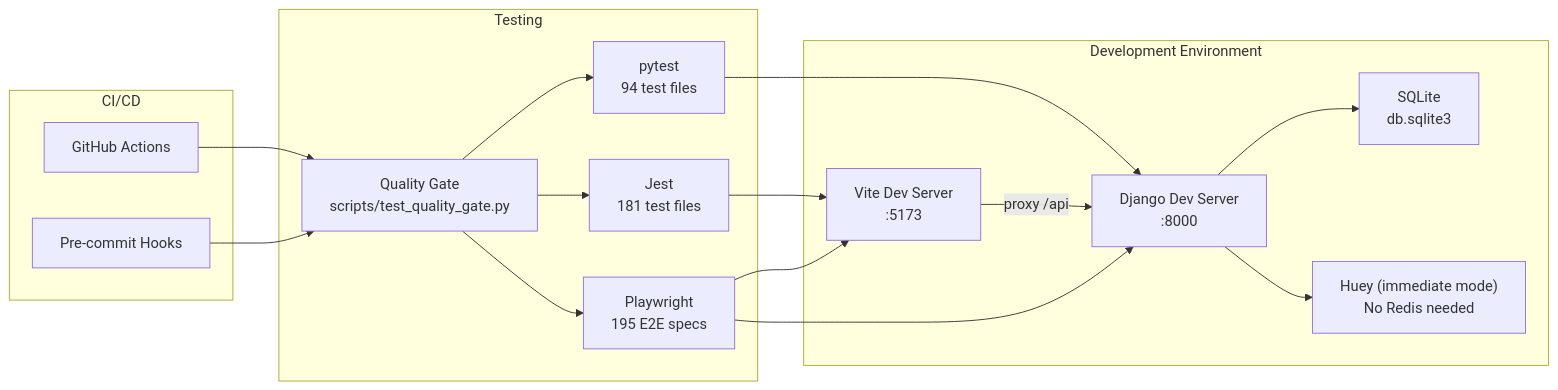
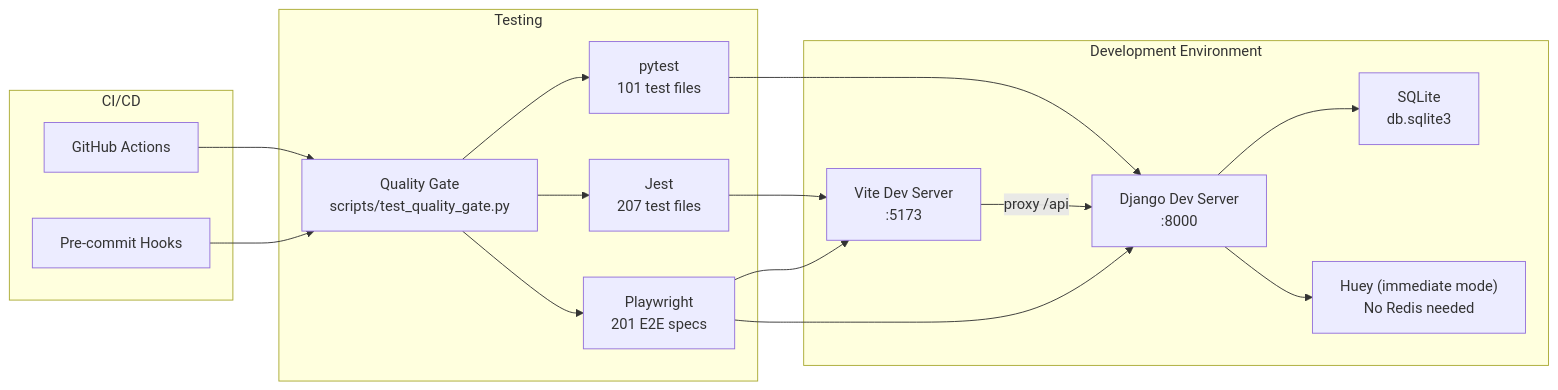
One commit to carlos18bp/gym_project changed the second of 8 diagrams in docs/methodology/architecture.md. Above: the diagram before and after it, drawn with Mermaid. The commit also changed other lines of this file and 3 other files, not shown here.

````diff
--- a/docs/methodology/architecture.md
+++ b/docs/methodology/architecture.md
@@ -60,34 +60,34 @@
 ```mermaid
 flowchart LR
     subgraph Dev["Development Environment"]
         Vite["Vite Dev Server\n:5173"]
         Django["Django Dev Server\n:8000"]
         Huey_Imm["Huey (immediate mode)\nNo Redis needed"]
         SQLite["SQLite\ndb.sqlite3"]
     end
 
     subgraph Test["Testing"]
-        Pytest["pytest\n94 test files"]
-        Jest["Jest\n181 test files"]
-        PW["Playwright\n195 E2E specs"]
+        Pytest["pytest\n101 test files"]
+        Jest["Jest\n207 test files"]
+        PW["Playwright\n201 E2E specs"]
         QG["Quality Gate\nscripts/test_quality_gate.py"]
     end
 
     subgraph CI["CI/CD"]
         GHA["GitHub Actions"]
         PreCommit["Pre-commit Hooks"]
     end
 
     Vite -->|"proxy /api"| Django
     Django --> SQLite
     Django --> Huey_Imm
     Pytest --> Django
     Jest --> Vite
     PW --> Vite
     PW --> Django
     QG --> Pytest
     QG --> Jest
     QG --> PW
     GHA --> QG
     PreCommit --> QG
 ```
````
